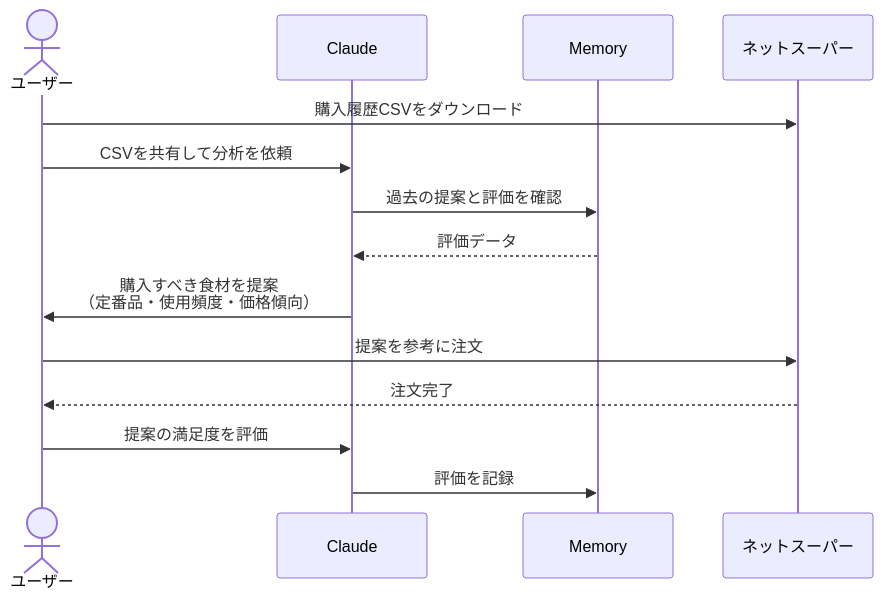
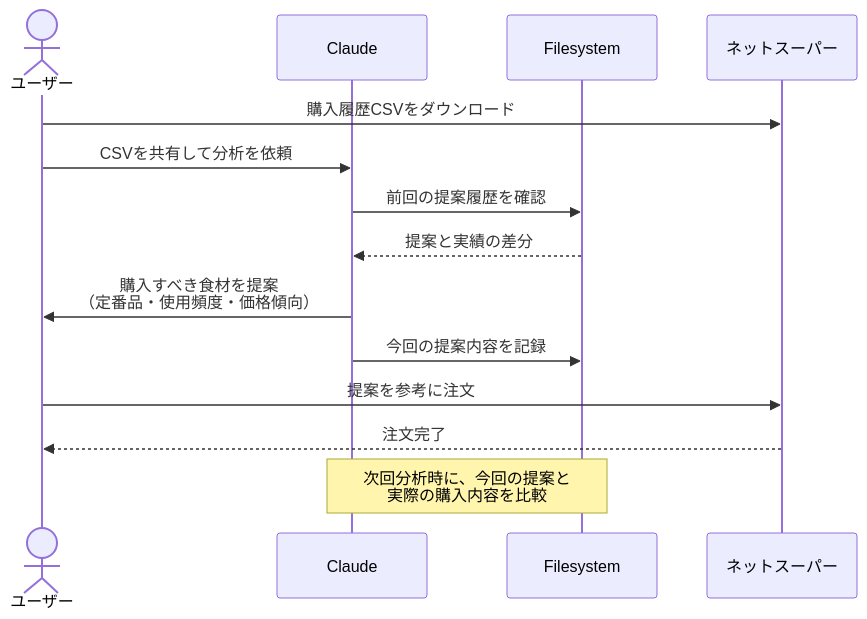
The diagram in docs/04_生活/購入履歴で賢い食材選びをする.md (po-shu/mcp-100-ideas), drawn with Mermaid before and after one commit. The commit also changed other lines of this file and 7 other files, not shown here.

````diff
--- a/docs/04_生活/購入履歴で賢い食材選びをする.md
+++ b/docs/04_生活/購入履歴で賢い食材選びをする.md
@@ -18,17 +18,17 @@
 ```mermaid
 sequenceDiagram
     actor User as ユーザー
     participant MCP as Claude
-    participant Mem as Memory
+    participant FS as Filesystem
     participant Shop as ネットスーパー
 
     User->>Shop: 購入履歴CSVをダウンロード
     User->>MCP: CSVを共有して分析を依頼
-    MCP->>Mem: 過去の提案と評価を確認
-    Mem-->>MCP: 評価データ
+    MCP->>FS: 前回の提案履歴を確認
+    FS-->>MCP: 提案と実績の差分
     MCP->>User: 購入すべき食材を提案<br>（定番品・使用頻度・価格傾向）
+    MCP->>FS: 今回の提案内容を記録
     User->>Shop: 提案を参考に注文
     Shop-->>User: 注文完了
-    User->>MCP: 提案の満足度を評価
-    MCP->>Mem: 評価を記録
+    Note over MCP,FS: 次回分析時に、今回の提案と<br>実際の購入内容を比較
 ```
````
